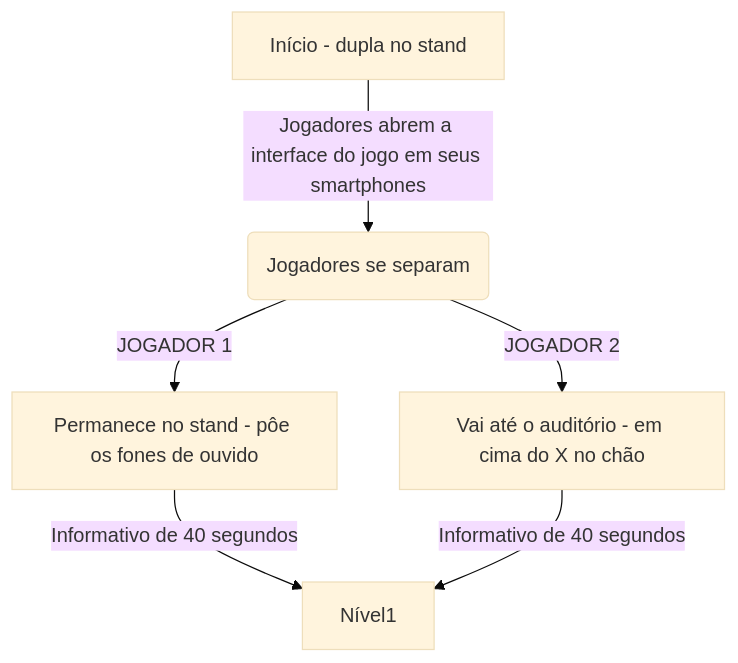
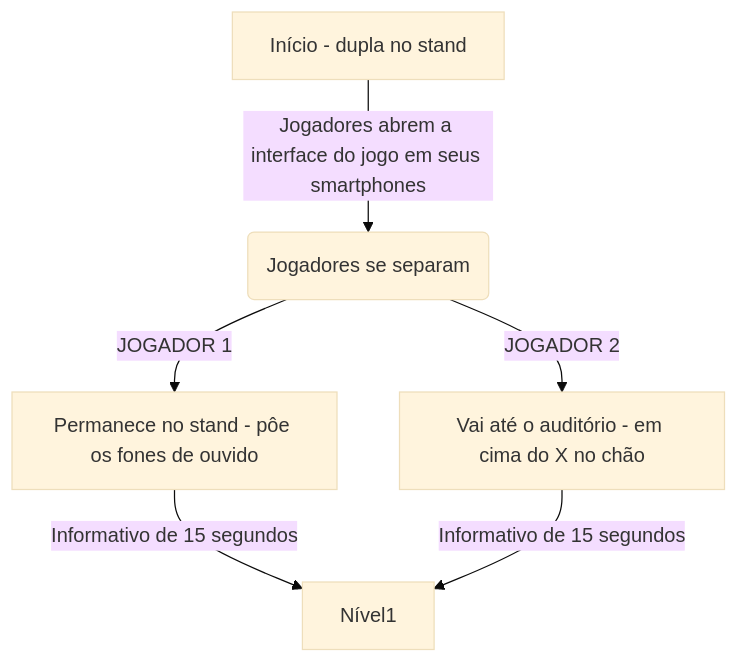
Before and after one commit to DinamicCreative/EscapeRoom: the diagram in README.md, drawn with Mermaid (base theme).

````diff
--- a/README.md
+++ b/README.md
@@ -81,6 +81,6 @@
 ```mermaid
 flowchart TD
     A[Início - dupla no stand] -->|Jogadores abrem a interface do jogo em seus smartphones| B(Jogadores se separam)
-     -->|JOGADOR 1| D[Permanece no stand - pôe os fones de ouvido] --> |Informativo de 40 segundos| Nível1
-    B -->|JOGADOR 2| E[Vai até o auditório - em cima do X no chão] --> |Informativo de 40 segundos| Nível1    
+     -->|JOGADOR 1| D[Permanece no stand - pôe os fones de ouvido] --> |Informativo de 15 segundos| Nível1
+    B -->|JOGADOR 2| E[Vai até o auditório - em cima do X no chão] --> |Informativo de 15 segundos| Nível1    
 ```
````
